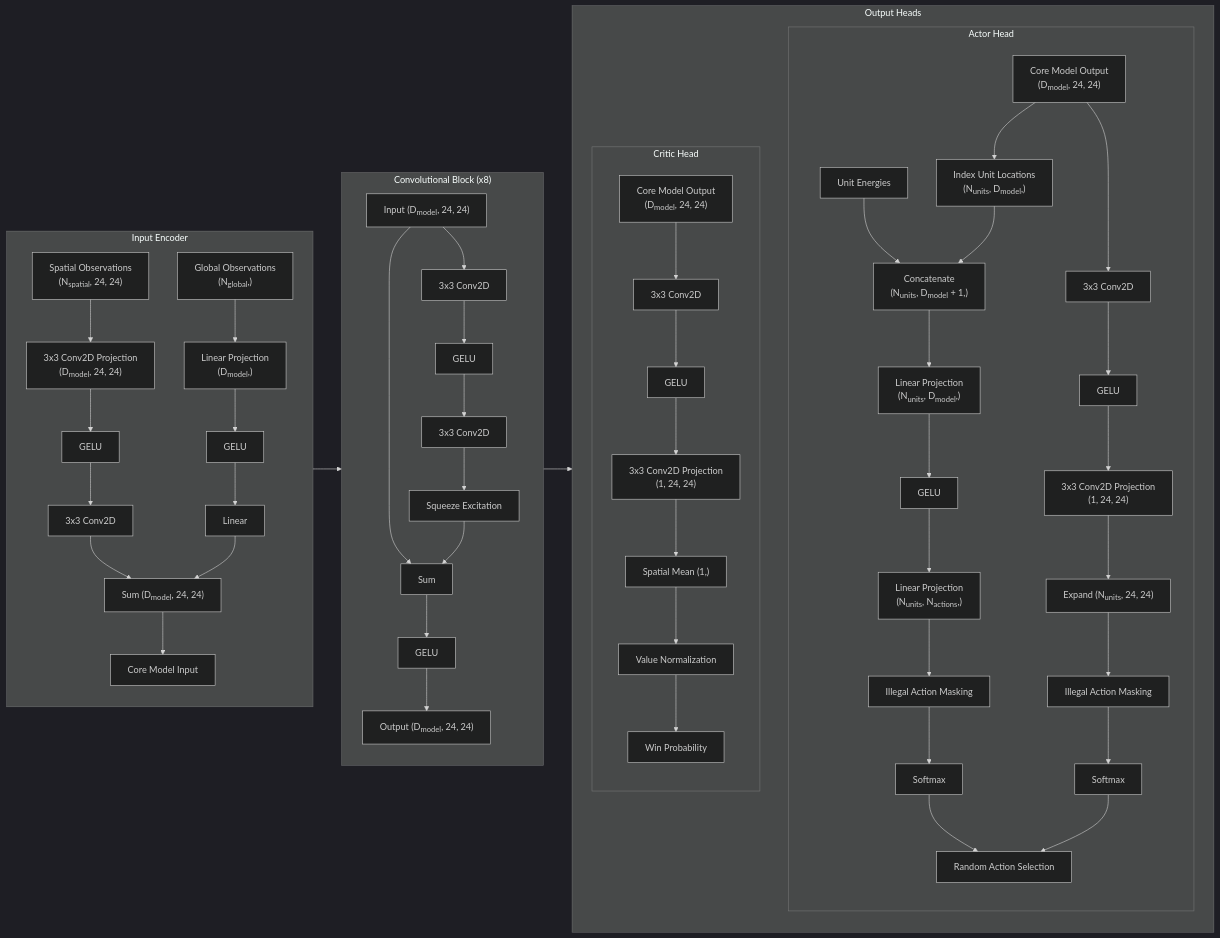
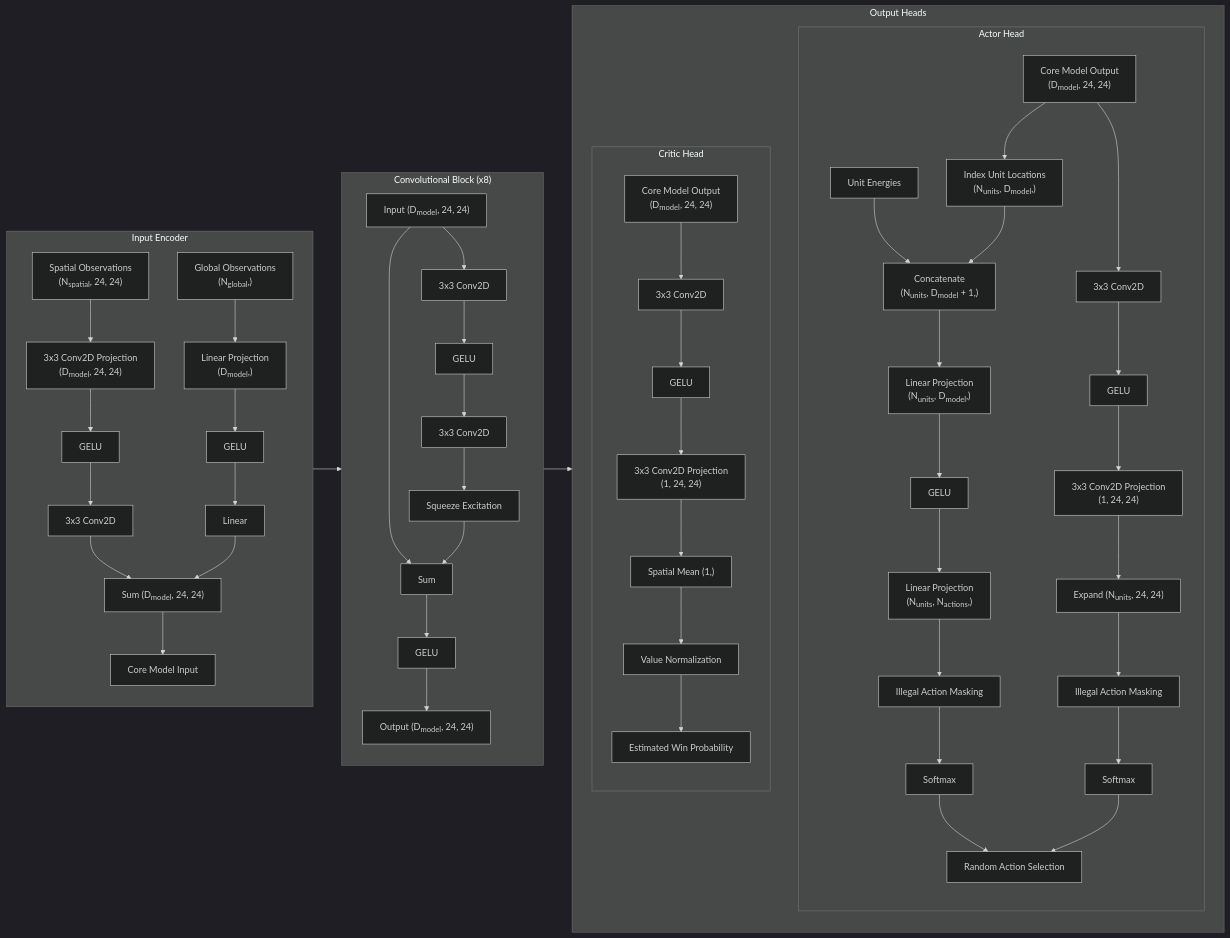
One commit to IsaiahPressman/kaggle-lux-2024 changed the diagram in media/model_architecture.mmd. Above: the diagram before and after it, drawn with Mermaid (dark theme). The commit also changed 1 other file, not shown here.

```diff
--- a/media/model_architecture.mmd
+++ b/media/model_architecture.mmd
@@ -1,62 +1,62 @@
 flowchart LR
     subgraph input_encoder[Input Encoder]
         direction TB
         spatial_in["Spatial Observations\n (N<sub>spatial</sub>, 24, 24)"] --> conv_s1["3x3 Conv2D Projection\n (D<sub>model</sub>, 24, 24)"]
         conv_s1 --> s_act[GELU]
         s_act --> conv_s2[3x3 Conv2D]
         conv_s2 --> in_sum["Sum (D<sub>model</sub>, 24, 24)"]
         global_in["Global Observations\n (N<sub>global</sub>,)"] --> lin_g1["Linear Projection\n (D<sub>model</sub>,)"]
         lin_g1 --> g_act[GELU]
         g_act --> lin_g2[Linear]
         lin_g2 --> in_sum
         in_sum --> core_model_in[Core Model Input]
     end
 
     subgraph conv_block["Convolutional Block (x8)"]
         direction TB
         input["Input (D<sub>model</sub>, 24, 24)"] --> conv_sum[Sum]
         input --> conv1[3x3 Conv2D]
         conv1 --> act1[GELU]
         act1 --> conv2[3x3 Conv2D]
         conv2 --> se[Squeeze Excitation]
         se --> conv_sum
         conv_sum --> act2[GELU]
         act2 --> out_block["Output (D<sub>model</sub>, 24, 24)"]
     end
 
     subgraph output_heads[Output Heads]
         direction TB
         subgraph actor_head[Actor Head]
             direction TB
             unit_energies[Unit Energies] --> actor_concat["Concatenate\n (N<sub>units</sub>, D<sub>model</sub> + 1,)"]
             core_model_actor_out["Core Model Output\n (D<sub>model</sub>, 24, 24)"] --> actor_index["Index Unit Locations\n (N<sub>units</sub>, D<sub>model</sub>,)"]
             actor_index --> actor_concat
             actor_concat --> actor_lin1["Linear Projection\n (N<sub>units</sub>, D<sub>model</sub>,)"]
             actor_lin1 --> main_actor_act[GELU]
             main_actor_act --> actor_lin2["Linear Projection\n (N<sub>units</sub>, N<sub>actions</sub>,)"]
             actor_lin2 --> main_actor_mask[Illegal Action Masking]
             main_actor_mask --> main_actor_softmax[Softmax]
             main_actor_softmax --> actions_output[Random Action Selection]
 
             core_model_actor_out --> actor_conv1[3x3 Conv2D]
             actor_conv1 --> sap_actor_act[GELU]
             sap_actor_act --> actor_conv2["3x3 Conv2D Projection\n (1, 24, 24)"]
             actor_conv2 --> sap_actor_expand["Expand (N<sub>units</sub>, 24, 24)"]
             sap_actor_expand --> sap_actor_mask[Illegal Action Masking]
             sap_actor_mask --> sap_actor_softmax[Softmax]
             sap_actor_softmax --> actions_output
         end
 
         subgraph critic_head[Critic Head]
             direction TB
             core_model_critic_out["Core Model Output\n (D<sub>model</sub>, 24, 24)"] --> critic_conv1[3x3 Conv2D]
             critic_conv1 --> critic_act[GELU]
             critic_act --> critic_conv2["3x3 Conv2D Projection\n (1, 24, 24)"]
             critic_conv2 --> critic_mean["Spatial Mean (1,)"]
             critic_mean --> critic_post[Value Normalization]
-            critic_post --> critic_output["Win Probability"]
+            critic_post --> critic_output["Estimated Win Probability"]
         end
     end
 
     input_encoder --> conv_block
     conv_block --> output_heads
```
